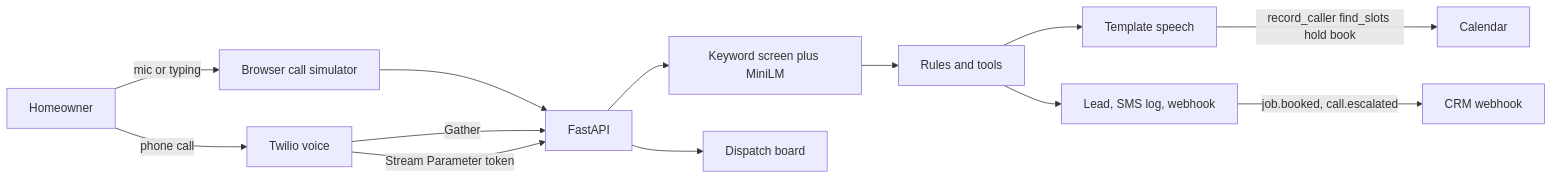
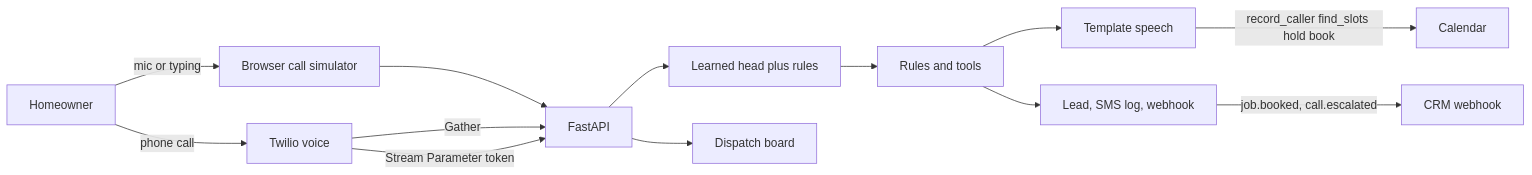
Before and after one commit to asadurrehmandev/ai-receptionist-home-services: the diagram in README.md, drawn with Mermaid. The commit also changed other lines of this file and 19 other files, not shown here.

First line of the commit message:
Screen every caller turn with a learned MiniLM hazard head.

````diff
--- a/README.md
+++ b/README.md
@@ -34,26 +34,26 @@
 ```mermaid
 flowchart LR
   caller[Homeowner]
   sim[Browser call simulator]
   twilio[Twilio voice]
   api[FastAPI]
-  hazard[Keyword screen plus MiniLM]
+  hazard[Learned head plus rules]
   rules[Rules and tools]
   speech[Template speech]
   cal[Calendar]
   crm[Lead, SMS log, webhook]
   desk[Dispatch board]
 
   caller -->|mic or typing| sim
   caller -->|phone call| twilio
   sim --> api
   twilio -->|Gather| api
   twilio -->|Stream Parameter token| api
   api --> hazard
   hazard --> rules
   rules --> speech
   speech -->|record_caller find_slots hold book| cal
   rules --> crm
   crm -->|job.booked, call.escalated| hook[CRM webhook]
   api --> desk
 ```
````
